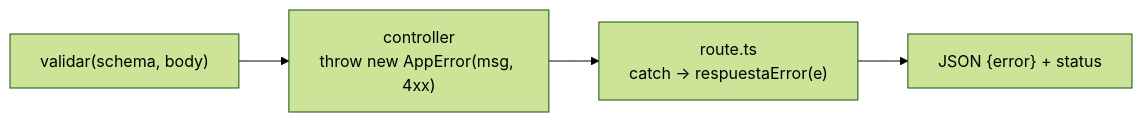
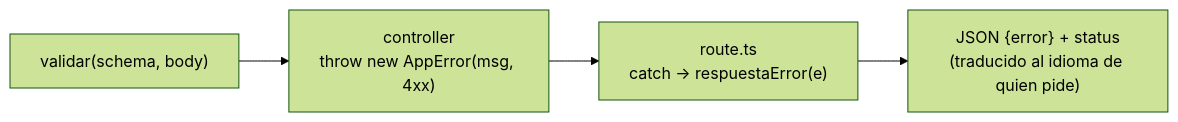
The diagram in vault/02-Backend/infraestructura-servidor.md (emiliano-cyber/spaces_dooh_new), drawn with Mermaid (forest theme) before and after one commit. The commit also changed other lines of this file and 64 other files, not shown here.

````diff
--- a/vault/02-Backend/infraestructura-servidor.md
+++ b/vault/02-Backend/infraestructura-servidor.md
@@ -29,6 +34,6 @@
 ```mermaid
 flowchart LR
     CTRL["controller<br/>throw new AppError(msg, 4xx)"] --> RT["route.ts<br/>catch → respuestaError(e)"]
-    RT --> HTTP["JSON {error} + status"]
+    RT --> HTTP["JSON {error} + status<br/>(traducido al idioma de quien pide)"]
     ZOD["validar(schema, body)"] --> CTRL
 ```
````
